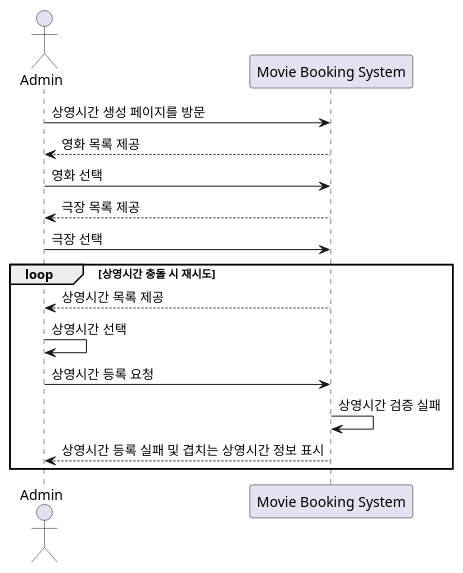
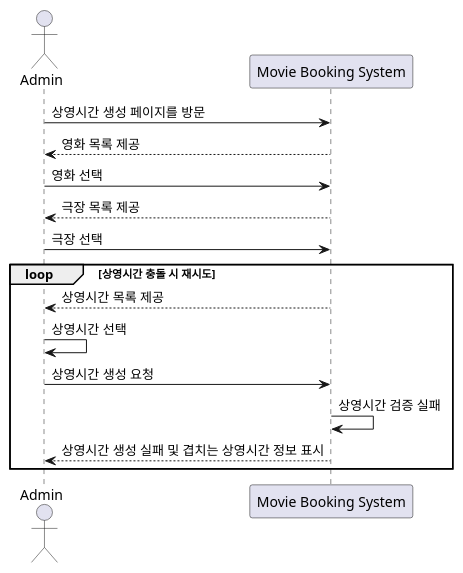
One commit to mannercode/mannercode.github.io changed the fifth of 14 diagrams in _posts/2025-05-01-movie-booking-system-2.md. Above: the diagram before and after it, drawn with PlantUML. The commit also changed other lines of this file and 37 other files, not shown here.

```diff
--- a/_posts/2025-05-01-movie-booking-system-2.md
+++ b/_posts/2025-05-01-movie-booking-system-2.md
@@ -200,25 +200,25 @@
 {% plantuml %}
 @startuml
 actor Admin
 participant "Movie Booking System" as mbs
 
 Admin -> mbs:  상영시간 생성 페이지를 방문
 Admin <-- mbs:  영화 목록 제공
 
 Admin -> mbs:  영화 선택
 Admin <-- mbs: 극장 목록 제공
 
 Admin -> mbs:  극장 선택
 
 loop 상영시간 충돌 시 재시도
     Admin <-- mbs: 상영시간 목록 제공
 
     Admin -> Admin:  상영시간 선택
-    Admin -> mbs:  상영시간 등록 요청
+    Admin -> mbs:  상영시간 생성 요청
 
     mbs -> mbs:  상영시간 검증 실패
 
-    Admin <-- mbs: 상영시간 등록 실패 및 겹치는 상영시간 정보 표시
+    Admin <-- mbs: 상영시간 생성 실패 및 겹치는 상영시간 정보 표시
 end
 @enduml
 {% endplantuml %}
```
